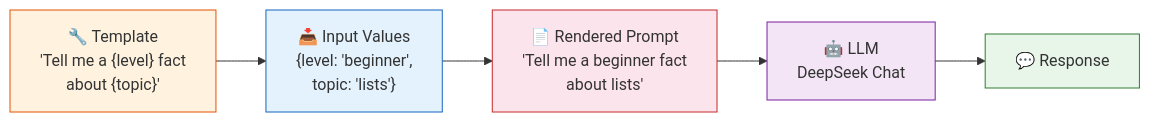
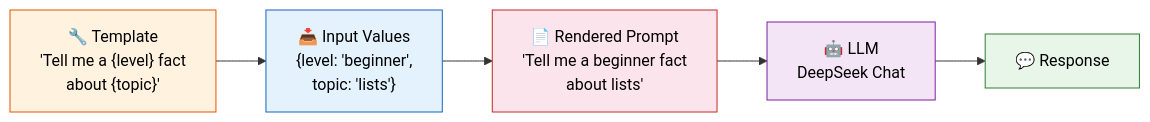
Before and after one commit to remolaan/Agentic-AI-Cookbook: the first of 3 diagrams in 02_prompt_templates/README.md, drawn with Mermaid. The commit also changed other lines of this file and 45 other files, not shown here.

Commit message:
Fix Mermaid diagram text colors for readability across all READMEs

````diff
--- a/02_prompt_templates/README.md
+++ b/02_prompt_templates/README.md
@@ -9,13 +9,13 @@
 ```mermaid
 flowchart LR
     A["🔧 Template<br/>'Tell me a {level} fact<br/>about {topic}'"] --> B["📥 Input Values<br/>{level: 'beginner',<br/>topic: 'lists'}"]
     B --> C["📄 Rendered Prompt<br/>'Tell me a beginner fact<br/>about lists'"]
     C --> D["🤖 LLM<br/>DeepSeek Chat"]
     D --> E["💬 Response"]
     
-    style A fill:#fff3e0,stroke:#e65100
-    style B fill:#e3f2fd,stroke:#1565c0
-    style C fill:#fce4ec,stroke:#c62828
-    style D fill:#f3e5f5,stroke:#7b1fa2
-    style E fill:#e8f5e9,stroke:#2e7d32
+    style A fill:#fff3e0,stroke:#e65100,color:#000000
+    style B fill:#e3f2fd,stroke:#1565c0,color:#000000
+    style C fill:#fce4ec,stroke:#c62828,color:#000000
+    style D fill:#f3e5f5,stroke:#7b1fa2,color:#000000
+    style E fill:#e8f5e9,stroke:#2e7d32,color:#000000
 ```
````
